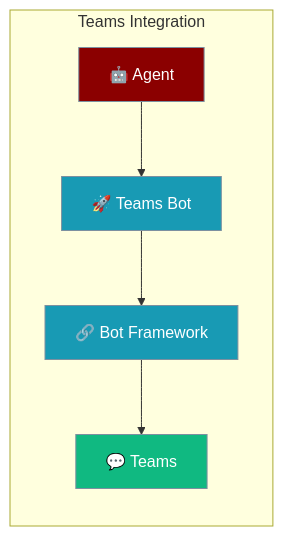
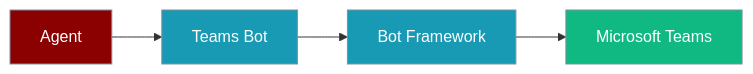
Before and after one commit to MervinPraison/PraisonAIDocs: the first of 2 diagrams in docs/features/rfc-microsoft-teams-integration.mdx, drawn with Mermaid. The commit also changed other lines of this file and 4 other files, not shown here.

````diff
--- a/docs/features/rfc-microsoft-teams-integration.mdx
+++ b/docs/features/rfc-microsoft-teams-integration.mdx
@@ -10,16 +29,14 @@
 ```mermaid
 graph LR
-    subgraph "Teams Integration"
-        A[🤖 Agent] --> B[🚀 Teams Bot]
-        B --> C[🔗 Bot Framework]
-        C --> D[💬 Teams]
-    end
-    
+    A[Agent] --> B[Teams Bot]
+    B --> C[Bot Framework]
+    C --> D[Microsoft Teams]
+
     classDef agent fill:#8B0000,stroke:#7C90A0,color:#fff
-    classDef process fill:#189AB4,stroke:#7C90A0,color:#fff
+    classDef tool fill:#189AB4,stroke:#7C90A0,color:#fff
     classDef output fill:#10B981,stroke:#7C90A0,color:#fff
-    
+
     class A agent
-    class B,C process
+    class B,C tool
     class D output
 ```
````
